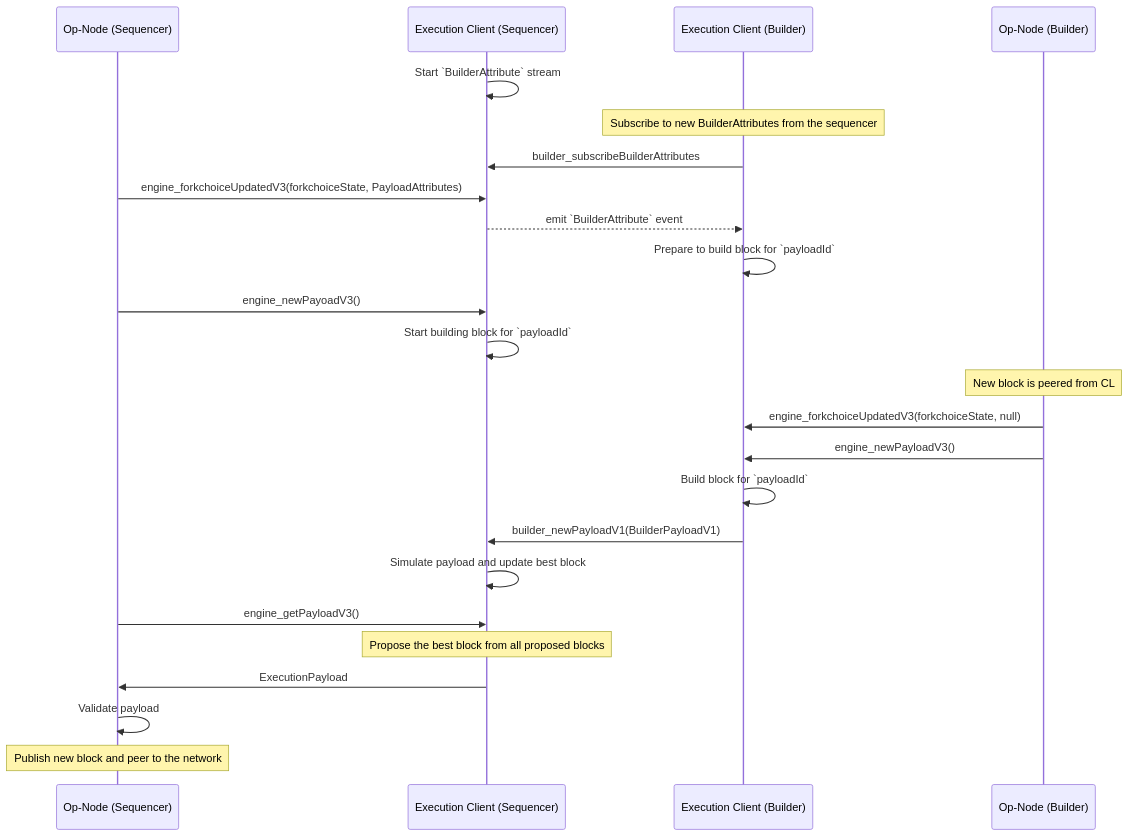
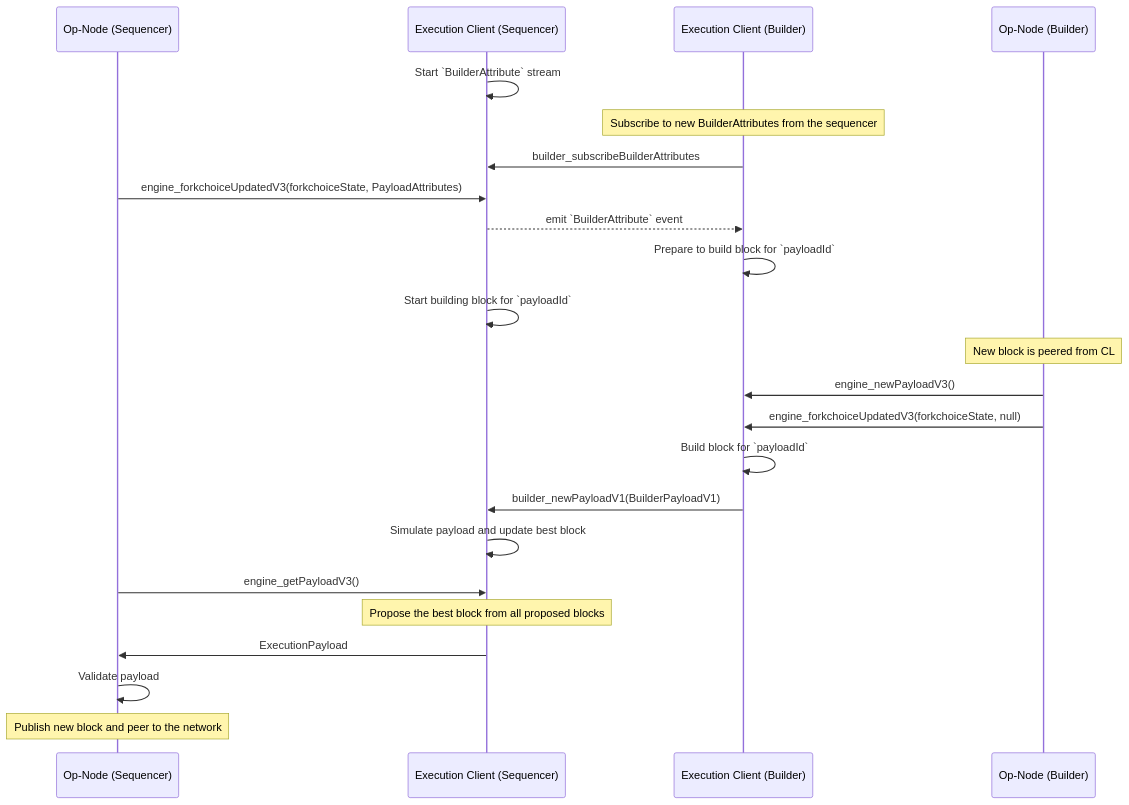
Before and after one commit to 0xKitsune/specs: the diagram in specs/experimental/builder.md, drawn with Mermaid.

Commit message:
fix seq diagram order

````diff
--- a/specs/experimental/builder.md
+++ b/specs/experimental/builder.md
@@ -37,33 +37,32 @@
 ```mermaid
 sequenceDiagram
     participant CLS as Op-Node (Sequencer)
     participant ELS as Execution Client (Sequencer)
     participant ELB as Execution Client (Builder)
     participant CLB as Op-Node (Builder)
 
     ELS->>ELS: Start `BuilderAttribute` stream
 
     Note over ELB: Subscribe to new BuilderAttributes from the sequencer
     ELB->>ELS: builder_subscribeBuilderAttributes
 
     CLS->>ELS: engine_forkchoiceUpdatedV3(forkchoiceState, PayloadAttributes)
     ELS-->>ELB: emit `BuilderAttribute` event
     ELB->>ELB: Prepare to build block for `payloadId`
-    CLS->>ELS: engine_newPayoadV3()
     ELS->>ELS: Start building block for `payloadId`
 
     Note over CLB: New block is peered from CL
+    CLB->>ELB: engine_newPayloadV3()
     CLB->>ELB: engine_forkchoiceUpdatedV3(forkchoiceState, null)
-    CLB->>ELB: engine_newPayloadV3()
 
     ELB->>ELB: Build block for `payloadId`
     ELB->>ELS: builder_newPayloadV1(BuilderPayloadV1)
     ELS->>ELS: Simulate payload and update best block
 
     CLS->>ELS: engine_getPayloadV3()
     Note over ELS: Propose the best block from all proposed blocks
     ELS->>CLS: ExecutionPayload
 
     CLS->>CLS: Validate payload
     Note over CLS: Publish new block and peer to the network
 ```
````
